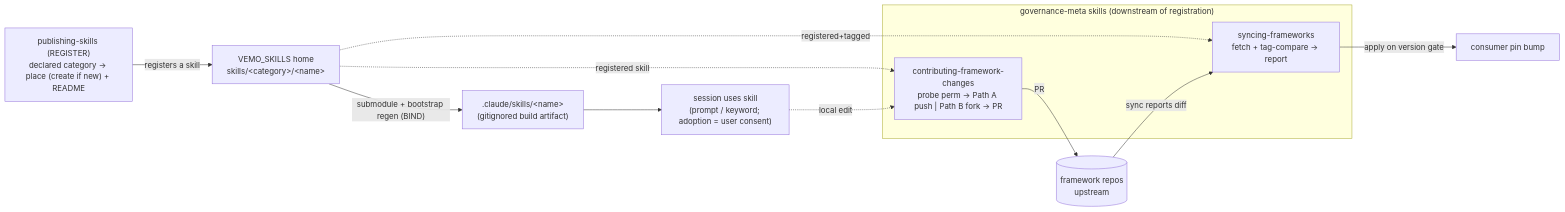
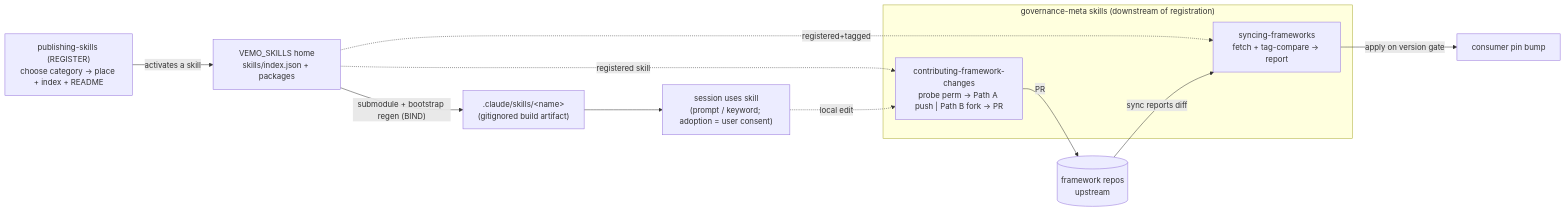
Before and after one commit to vemodalen-x/VEMO_SKILLS: the diagram in README.md, drawn with Mermaid. The commit also changed other lines of this file and 82 other files, not shown here.

````diff
--- a/README.md
+++ b/README.md
@@ -163,16 +172,16 @@
 ```mermaid
 flowchart LR
-  PUB["publishing-skills (REGISTER)<br/>declared category → place (create if new) + README"] -->|registers a skill| WS["VEMO_SKILLS home<br/>skills/&lt;category&gt;/&lt;name&gt;"]
+  PUB["publishing-skills (REGISTER)<br/>choose category → place + index + README"] -->|activates a skill| WS["VEMO_SKILLS home<br/>skills/index.json + packages"]
   WS -->|"submodule + bootstrap regen (BIND)"| CL[".claude/skills/&lt;name&gt;<br/>(gitignored build artifact)"]
   CL --> USE["session uses skill<br/>(prompt / keyword; adoption = user consent)"]
   subgraph meta["governance-meta skills (downstream of registration)"]
     SYNC["syncing-frameworks<br/>fetch + tag-compare → report"]
     CONTRIB["contributing-framework-changes<br/>probe perm → Path A push | Path B fork → PR"]
   end
   WS -.registered+tagged.-> SYNC
   WS -.registered skill.-> CONTRIB
   UP[("framework repos<br/>upstream")] -->|sync reports diff| SYNC
   SYNC -->|apply on version gate| PIN["consumer pin bump"]
   USE -.local edit.-> CONTRIB
   CONTRIB -->|PR| UP
 ```
````
